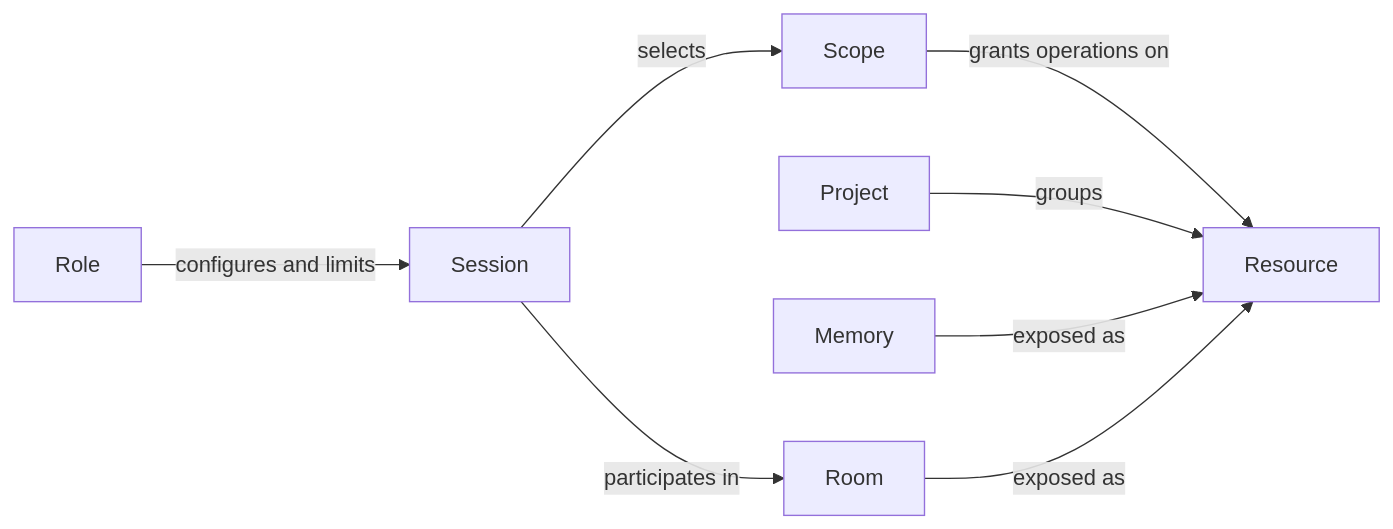
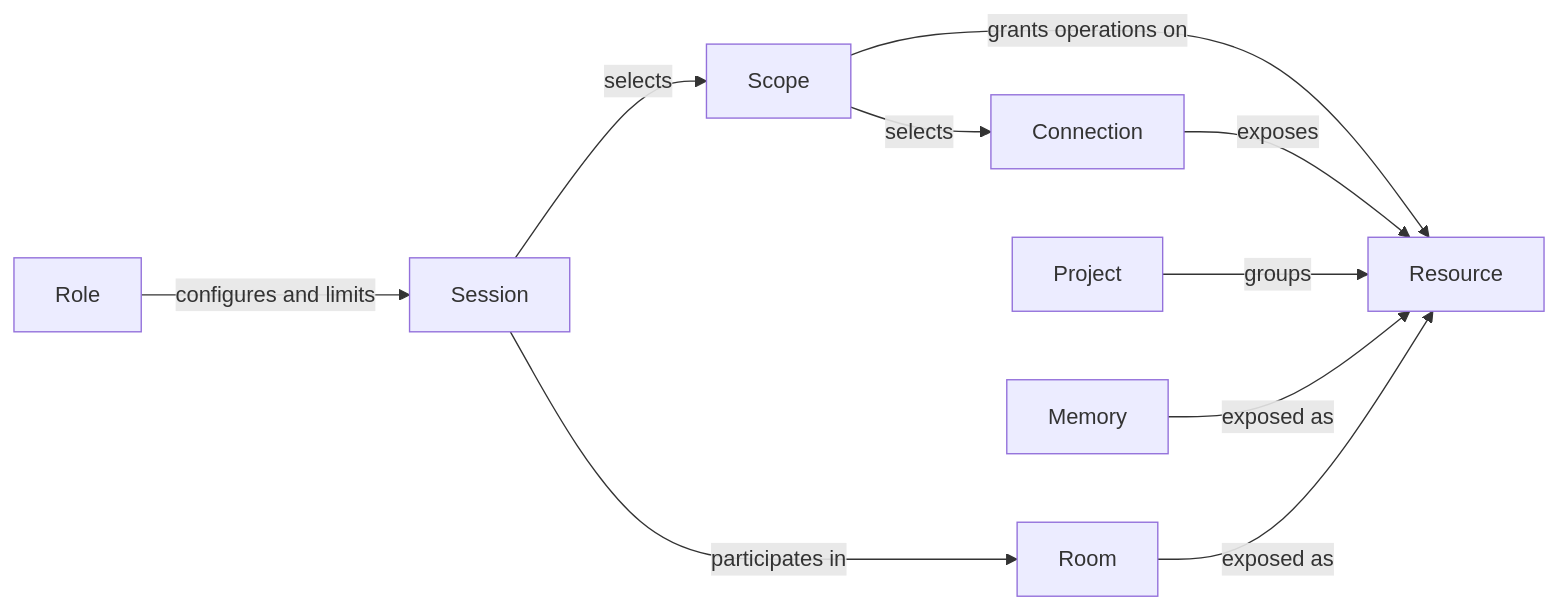
Before and after one commit to shrav-k/conduit: the diagram in SPEC.md, drawn with Mermaid. The commit also changed other lines of this file and 2 other files, not shown here.

````diff
--- a/SPEC.md
+++ b/SPEC.md
@@ -42,10 +43,12 @@
 ```mermaid
 flowchart LR
     Role -->|configures and limits| Session
     Session -->|selects| Scope
     Scope -->|grants operations on| Resource
+    Scope -->|selects| Connection
+    Connection -->|exposes| Resource
     Project -->|groups| Resource
     Memory -->|exposed as| Resource
     Session -->|participates in| Room
     Room -->|exposed as| Resource
 ```
````
